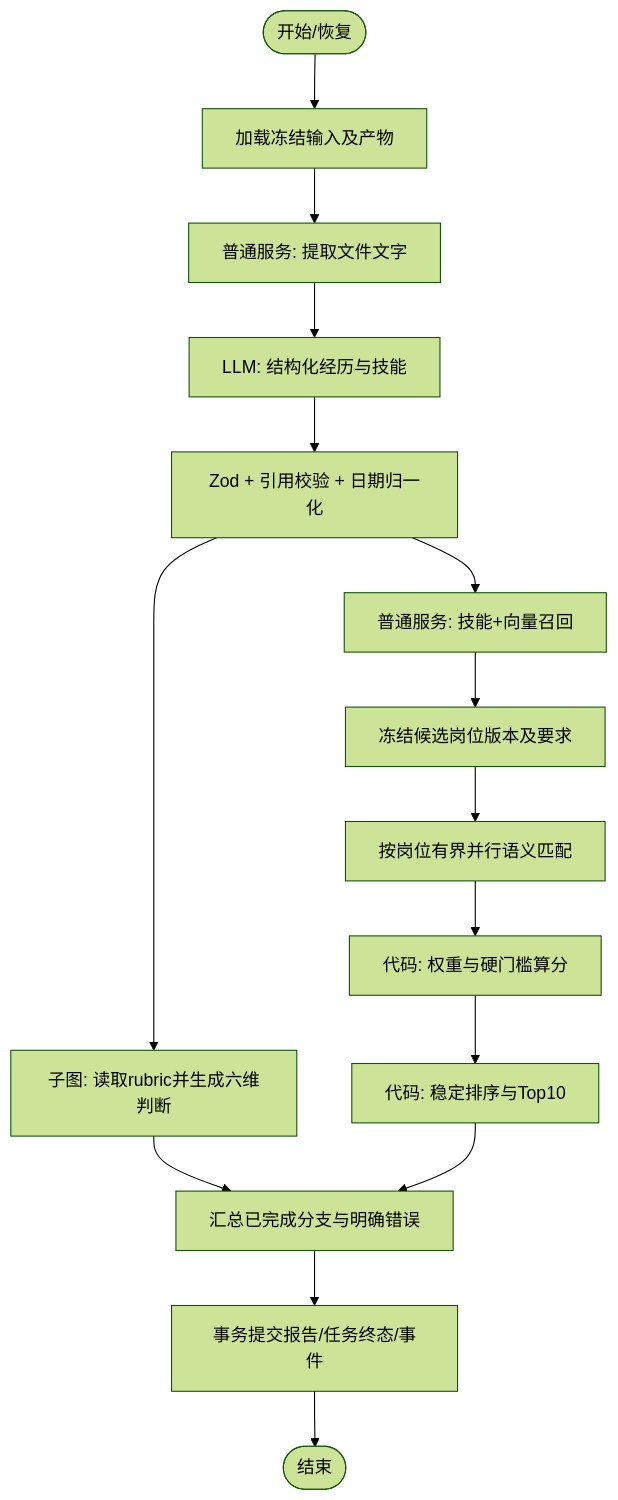
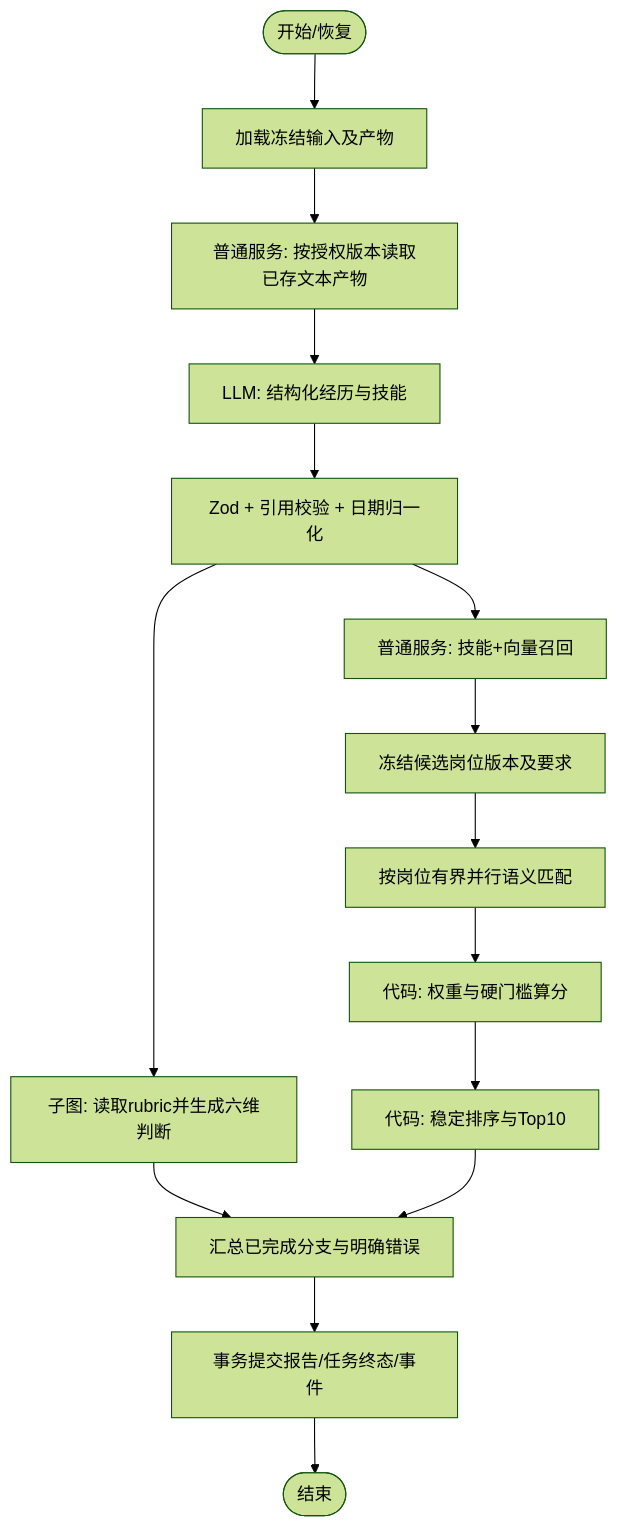
Before and after one commit to Mingan-X/Resume-Studio: the second of 5 diagrams in docs/architecture.md, drawn with Mermaid (forest theme). The commit also changed other lines of this file and 10 other files, not shown here.

````diff
--- a/docs/architecture.md
+++ b/docs/architecture.md
@@ -97,17 +97,17 @@
 ```mermaid
 flowchart TD
     START([开始/恢复]) --> LOAD[加载冻结输入及产物]
-    LOAD --> PARSE[普通服务: 提取文件文字]
+    LOAD --> PARSE[普通服务: 按授权版本读取已存文本产物]
     PARSE --> EXTRACT[LLM: 结构化经历与技能]
     EXTRACT --> VALIDATE[Zod + 引用校验 + 日期归一化]
     VALIDATE --> PROF[子图: 读取rubric并生成六维判断]
     VALIDATE --> RET[普通服务: 技能+向量召回]
     RET --> SNAP[冻结候选岗位版本及要求]
     SNAP --> MATCH[按岗位有界并行语义匹配]
     MATCH --> SCORE[代码: 权重与硬门槛算分]
     SCORE --> RANK[代码: 稳定排序与Top10]
     PROF --> JOIN[汇总已完成分支与明确错误]
     RANK --> JOIN
     JOIN --> SAVE[事务提交报告/任务终态/事件]
     SAVE --> END([结束])
 ```
````
